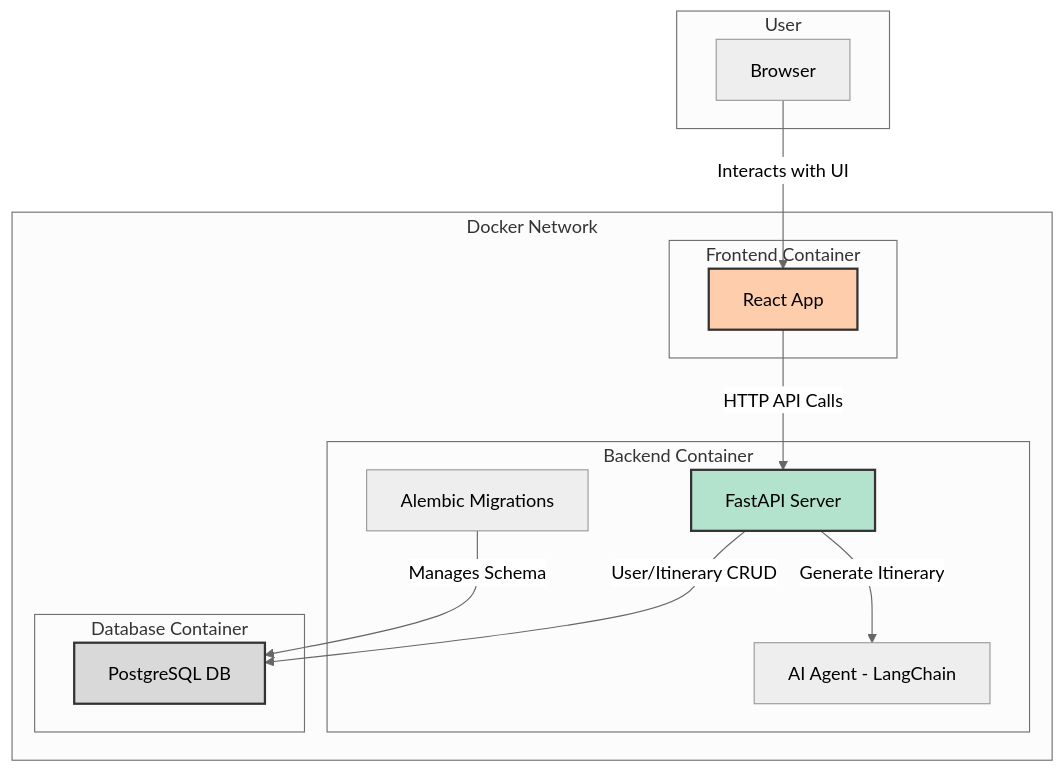
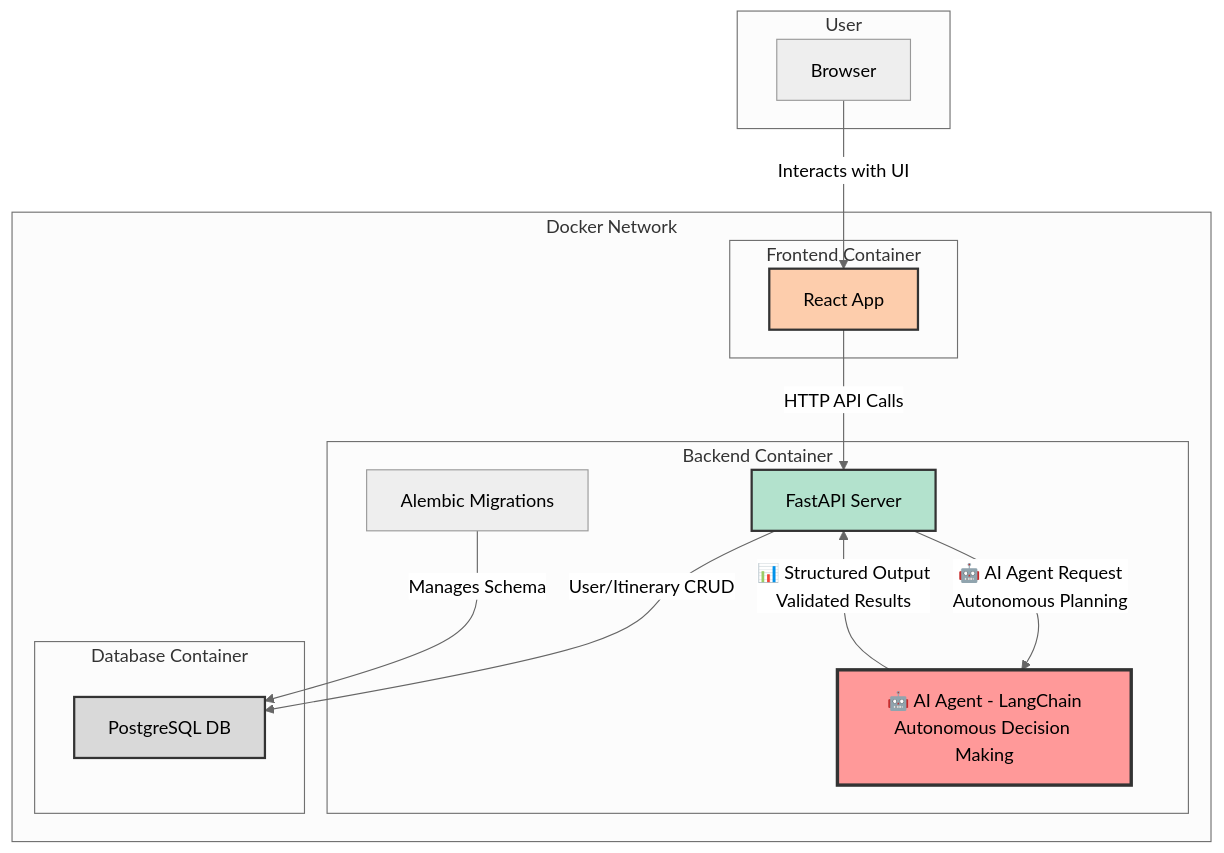
Before and after one commit to Shubham281103/PlanMyTrip: the diagram in README.md, drawn with Mermaid (neutral theme). The commit also changed other lines of this file, not shown here.

````diff
--- a/README.md
+++ b/README.md
@@ -27,33 +46,35 @@
 ```mermaid
 graph TD
     subgraph User
         A[Browser]
     end
 
     subgraph "Docker Network"
         subgraph "Frontend Container"
             B[React App]
         end
 
         subgraph "Backend Container"
             C[FastAPI Server]
-            D[AI Agent - LangChain]
+            D[🤖 AI Agent - LangChain<br/>Autonomous Decision Making]
             E[Alembic Migrations]
         end
 
         subgraph "Database Container"
             F[PostgreSQL DB]
         end
 
         B -- "HTTP API Calls" --> C
         C -- "User/Itinerary CRUD" --> F
-        C -- "Generate Itinerary" --> D
+        C -- "🤖 AI Agent Request<br/>Autonomous Planning" --> D
+        D -- "📊 Structured Output<br/>Validated Results" --> C
         E -- "Manages Schema" --> F
     end
 
     A -- "Interacts with UI" --> B
 
     style F fill:#d9d9d9,stroke:#333,stroke-width:2px
     style C fill:#b3e2cd,stroke:#333,stroke-width:2px
     style B fill:#fdcdac,stroke:#333,stroke-width:2px
+    style D fill:#ff9999,stroke:#333,stroke-width:3px
 ```
````
